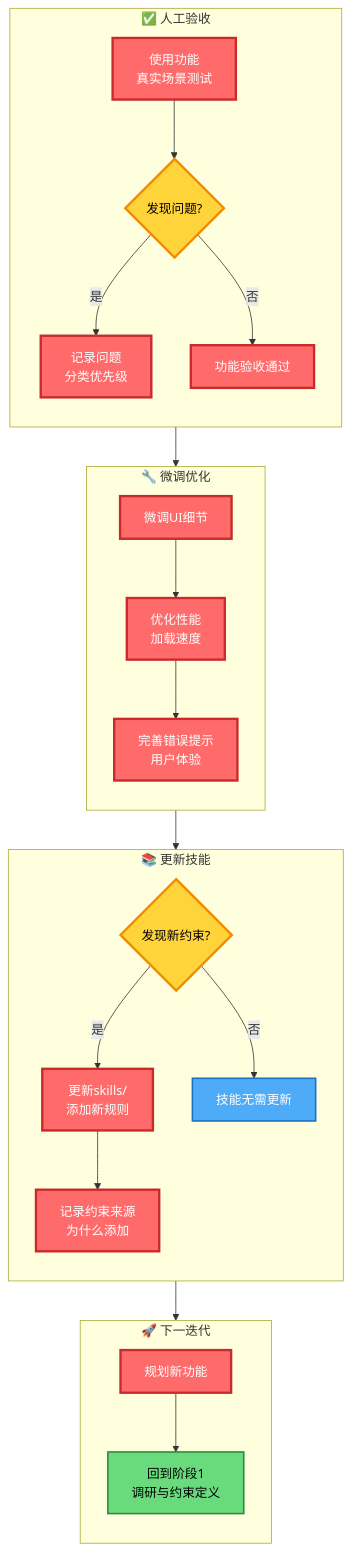
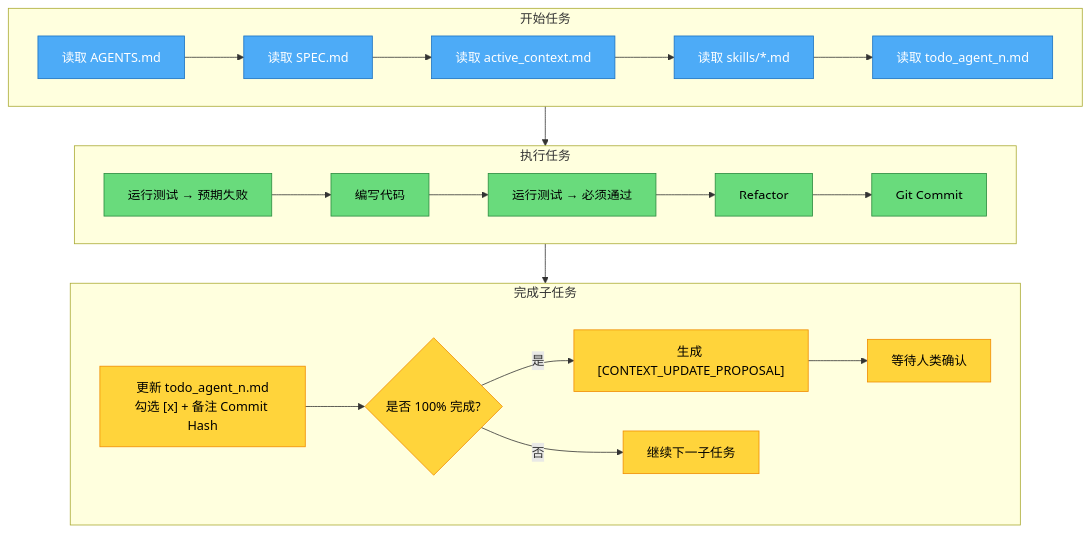
One commit to wzhulifantastic/myCodingMethod changed the third of 3 diagrams in VibeCodingMethod_31Jan2026.md. Above: the diagram before and after it, drawn with Mermaid. The commit also changed other lines of this file, not shown here.

````diff
--- a/VibeCodingMethod_31Jan2026.md
+++ b/VibeCodingMethod_31Jan2026.md
@@ -1836,39 +349,33 @@
 ```mermaid
 flowchart TB
-    subgraph Acceptance["✅ 人工验收"]
-        direction TB
-        A1[使用功能<br/>真实场景测试] --> A2{发现问题?}
-        A2 -->|是| A3[记录问题<br/>分类优先级]
-        A2 -->|否| A4[功能验收通过]
+    subgraph Start["开始任务"]
+        S1["读取 AGENTS.md"] --> S2["读取 SPEC.md"]
+        S2 --> S3["读取 active_context.md"]
+        S3 --> S4["读取 skills/*.md"]
+        S4 --> S5["读取 todo_agent_n.md"]
     end
     
-    subgraph FineTune["🔧 微调优化"]
-        direction TB
-        F1[微调UI细节] --> F2[优化性能<br/>加载速度]
-        F2 --> F3[完善错误提示<br/>用户体验]
+    subgraph Execute["执行任务"]
+        E1["运行测试 → 预期失败"] --> E2["编写代码"]
+        E2 --> E3["运行测试 → 必须通过"]
+        E3 --> E4["Refactor"]
+        E4 --> E5["Git Commit"]
     end
     
-    subgraph UpdateSkills["📚 更新技能"]
-        direction TB
-        S1{发现新约束?} -->|是| S2[更新skills/<br/>添加新规则]
-        S1 -->|否| S3[技能无需更新]
-        S2 --> S4[记录约束来源<br/>为什么添加]
+    subgraph Complete["完成子任务"]
+        C1["更新 todo_agent_n.md<br/>勾选 [x] + 备注 Commit Hash"] --> C2{"是否 100% 完成?"}
+        C2 -->|是| C3["生成 [CONTEXT_UPDATE_PROPOSAL]"]
+        C2 -->|否| C4["继续下一子任务"]
+        C3 --> C5["等待人类确认"]
     end
     
-    subgraph NextIter["🚀 下一迭代"]
-        direction TB
-        N1[规划新功能] --> N2[回到阶段1<br/>调研与约束定义]
-    end
+    Start --> Execute --> Complete
     
-    Acceptance --> FineTune --> UpdateSkills --> NextIter
+    classDef read fill:#4dabf7,stroke:#1971c2,color:#fff
+    classDef exec fill:#69db7c,stroke:#2b8a3e,color:#000
+    classDef decision fill:#ffd43b,stroke:#f08c00,color:#000
     
-    classDef humanStep fill:#ff6b6b,stroke:#c92a2a,stroke-width:3px,color:#fff
-    classDef aiStep fill:#4dabf7,stroke:#1971c2,stroke-width:2px,color:#fff
-    classDef fileStep fill:#69db7c,stroke:#2b8a3e,stroke-width:2px,color:#000
-    classDef decision fill:#ffd43b,stroke:#f08c00,stroke-width:3px,color:#000
-    
-    class A1,A2,A3,A4,F1,F2,F3,S1,S2,S4,N1 humanStep
-    class S3 aiStep
-    class N2 fileStep
-    class A2,S1 decision
+    class S1,S2,S3,S4,S5 read
+    class E1,E2,E3,E4,E5 exec
+    class C1,C2,C3,C4,C5 decision
 ```
````
